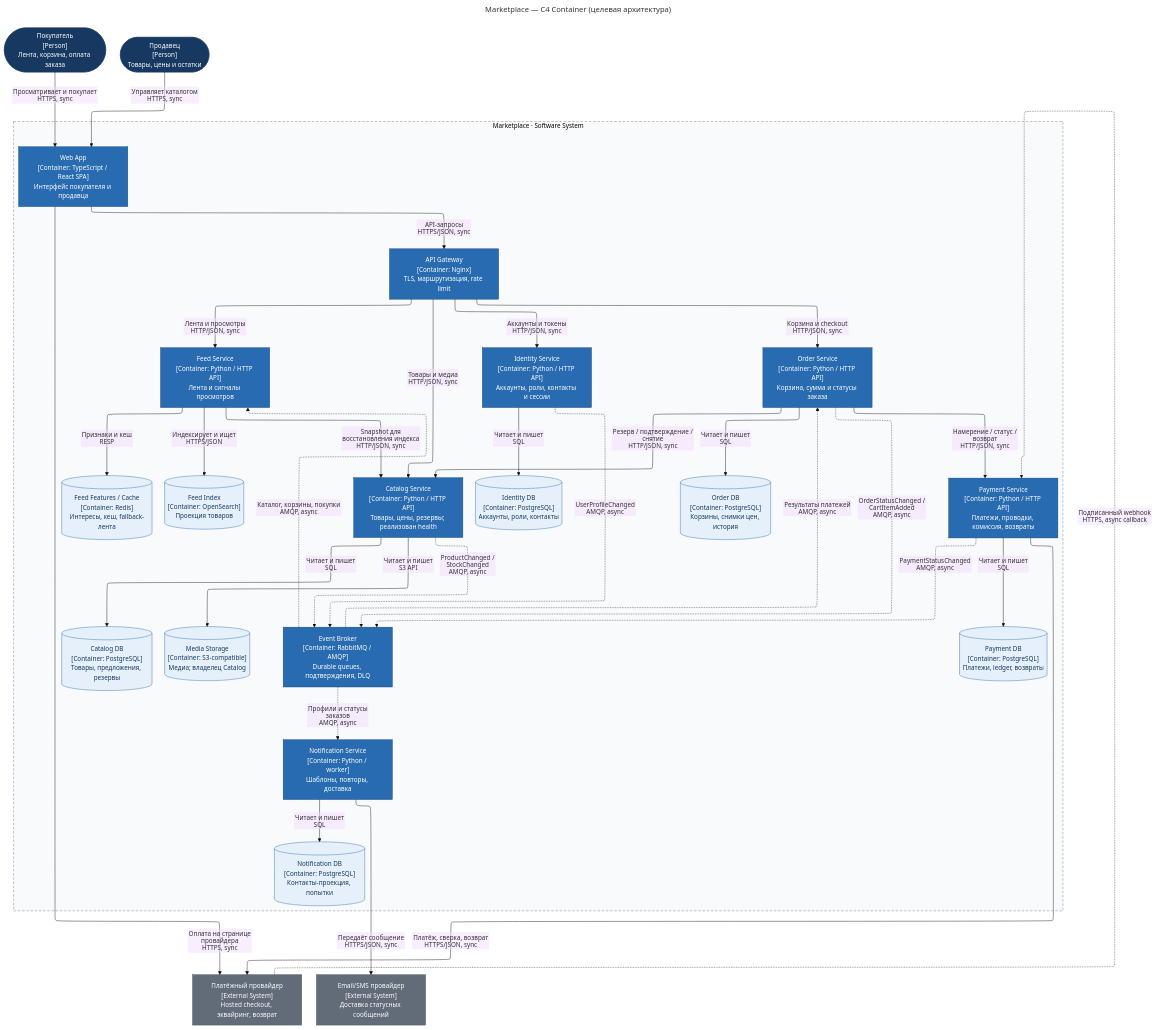
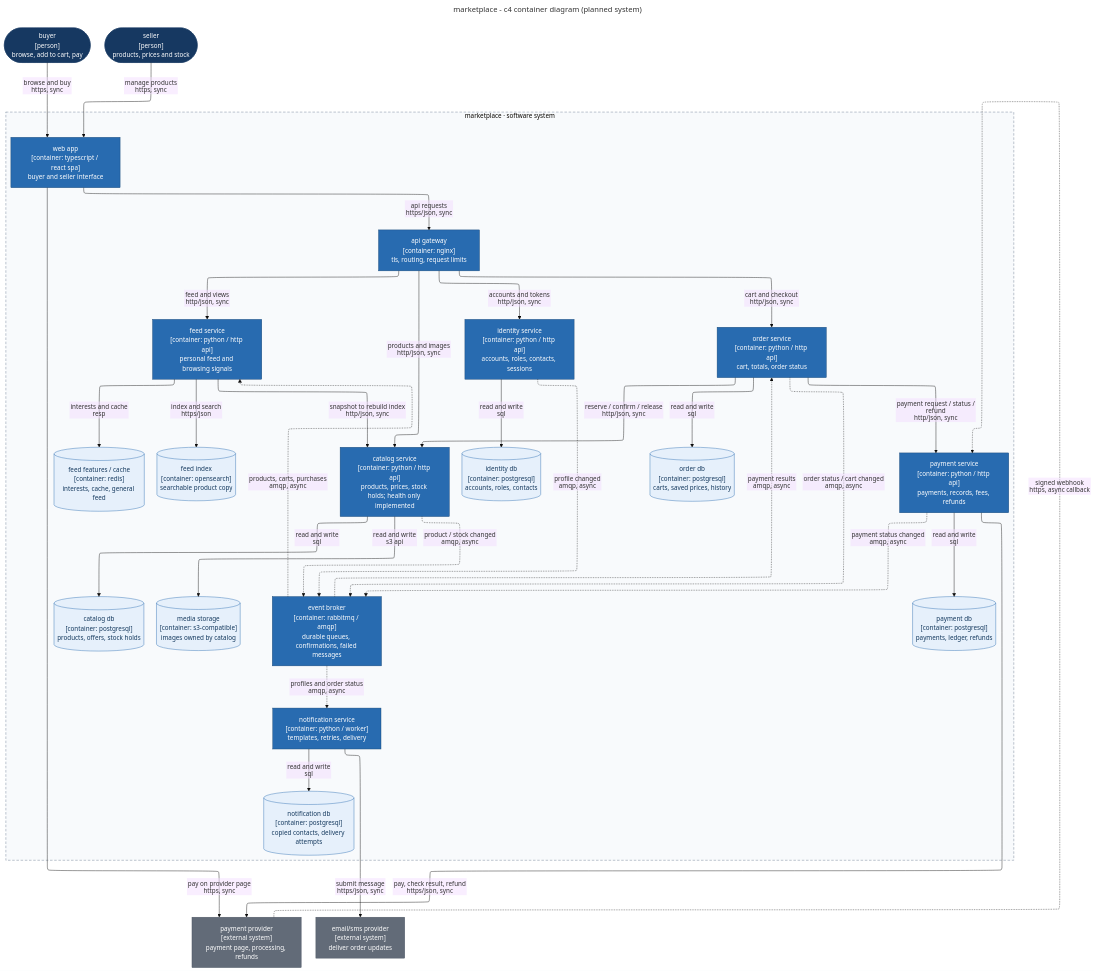
One commit to dvank1mang1/service-oriented_architectures_hw1 changed the diagram in docs/c4-container.mmd. Above: the diagram before and after it, drawn with Mermaid. The commit also changed 2 other files, not shown here.

```diff
--- a/docs/c4-container.mmd
+++ b/docs/c4-container.mmd
@@ -1,71 +1,71 @@
 ---
-title: Marketplace — C4 Container (целевая архитектура)
+title: marketplace - c4 container diagram (planned system)
 config:
   layout: elk
   theme: base
   themeVariables:
     fontFamily: Arial
     fontSize: 15px
   flowchart:
     htmlLabels: false
     nodeSpacing: 45
     rankSpacing: 70
 ---
 flowchart TB
-    customer(["Покупатель<br/>[Person]<br/>Лента, корзина, оплата заказа"]):::person
-    seller(["Продавец<br/>[Person]<br/>Товары, цены и остатки"]):::person
-    psp["Платёжный провайдер<br/>[External System]<br/>Hosted checkout, эквайринг, возврат"]:::external
-    delivery["Email/SMS провайдер<br/>[External System]<br/>Доставка статусных сообщений"]:::external
-    subgraph marketplace["Marketplace · Software System"]
-    web["Web App<br/>[Container: TypeScript / React SPA]<br/>Интерфейс покупателя и продавца"]:::service
-    gateway["API Gateway<br/>[Container: Nginx]<br/>TLS, маршрутизация, rate limit"]:::service
-    identity["Identity Service<br/>[Container: Python / HTTP API]<br/>Аккаунты, роли, контакты и сессии"]:::service
-    catalog["Catalog Service<br/>[Container: Python / HTTP API]<br/>Товары, цены, резервы; реализован health"]:::service
-    feed["Feed Service<br/>[Container: Python / HTTP API]<br/>Лента и сигналы просмотров"]:::service
-    order["Order Service<br/>[Container: Python / HTTP API]<br/>Корзина, сумма и статусы заказа"]:::service
-    payment["Payment Service<br/>[Container: Python / HTTP API]<br/>Платежи, проводки, комиссия, возвраты"]:::service
-    notification["Notification Service<br/>[Container: Python / worker]<br/>Шаблоны, повторы, доставка"]:::service
-    bus["Event Broker<br/>[Container: RabbitMQ / AMQP]<br/>Durable queues, подтверждения, DLQ"]:::service
-    identity_db[("Identity DB<br/>[Container: PostgreSQL]<br/>Аккаунты, роли, контакты")]:::db
-    catalog_db[("Catalog DB<br/>[Container: PostgreSQL]<br/>Товары, предложения, резервы")]:::db
-    media[("Media Storage<br/>[Container: S3-compatible]<br/>Медиа; владелец Catalog")]:::db
-    index[("Feed Index<br/>[Container: OpenSearch]<br/>Проекция товаров")]:::db
-    features[("Feed Features / Cache<br/>[Container: Redis]<br/>Интересы, кеш, fallback-лента")]:::db
-    order_db[("Order DB<br/>[Container: PostgreSQL]<br/>Корзины, снимки цен, история")]:::db
-    payment_db[("Payment DB<br/>[Container: PostgreSQL]<br/>Платежи, ledger, возвраты")]:::db
-    notification_db[("Notification DB<br/>[Container: PostgreSQL]<br/>Контакты-проекция, попытки")]:::db
+    customer(["buyer<br/>[person]<br/>browse, add to cart, pay"]):::person
+    seller(["seller<br/>[person]<br/>products, prices and stock"]):::person
+    psp["payment provider<br/>[external system]<br/>payment page, processing, refunds"]:::external
+    delivery["email/sms provider<br/>[external system]<br/>deliver order updates"]:::external
+    subgraph marketplace["marketplace · software system"]
+    web["web app<br/>[container: typescript / react spa]<br/>buyer and seller interface"]:::service
+    gateway["api gateway<br/>[container: nginx]<br/>tls, routing, request limits"]:::service
+    identity["identity service<br/>[container: python / http api]<br/>accounts, roles, contacts, sessions"]:::service
+    catalog["catalog service<br/>[container: python / http api]<br/>products, prices, stock holds; health only implemented"]:::service
+    feed["feed service<br/>[container: python / http api]<br/>personal feed and browsing signals"]:::service
+    order["order service<br/>[container: python / http api]<br/>cart, totals, order status"]:::service
+    payment["payment service<br/>[container: python / http api]<br/>payments, records, fees, refunds"]:::service
+    notification["notification service<br/>[container: python / worker]<br/>templates, retries, delivery"]:::service
+    bus["event broker<br/>[container: rabbitmq / amqp]<br/>durable queues, confirmations, failed messages"]:::service
+    identity_db[("identity db<br/>[container: postgresql]<br/>accounts, roles, contacts")]:::db
+    catalog_db[("catalog db<br/>[container: postgresql]<br/>products, offers, stock holds")]:::db
+    media[("media storage<br/>[container: s3-compatible]<br/>images owned by catalog")]:::db
+    index[("feed index<br/>[container: opensearch]<br/>searchable product copy")]:::db
+    features[("feed features / cache<br/>[container: redis]<br/>interests, cache, general feed")]:::db
+    order_db[("order db<br/>[container: postgresql]<br/>carts, saved prices, history")]:::db
+    payment_db[("payment db<br/>[container: postgresql]<br/>payments, ledger, refunds")]:::db
+    notification_db[("notification db<br/>[container: postgresql]<br/>copied contacts, delivery attempts")]:::db
     end
-    customer -->|"Просматривает и покупает<br/>HTTPS, sync"| web
-    seller -->|"Управляет каталогом<br/>HTTPS, sync"| web
-    web -->|"API-запросы<br/>HTTPS/JSON, sync"| gateway
-    web -->|"Оплата на странице провайдера<br/>HTTPS, sync"| psp
-    gateway -->|"Аккаунты и токены<br/>HTTP/JSON, sync"| identity
-    gateway -->|"Товары и медиа<br/>HTTP/JSON, sync"| catalog
-    gateway -->|"Лента и просмотры<br/>HTTP/JSON, sync"| feed
-    gateway -->|"Корзина и checkout<br/>HTTP/JSON, sync"| order
-    order -->|"Резерв / подтверждение / снятие<br/>HTTP/JSON, sync"| catalog
-    feed -->|"Snapshot для восстановления индекса<br/>HTTP/JSON, sync"| catalog
-    order -->|"Намерение / статус / возврат<br/>HTTP/JSON, sync"| payment
-    payment -->|"Платёж, сверка, возврат<br/>HTTPS/JSON, sync"| psp
-    psp -.->|"Подписанный webhook<br/>HTTPS, async callback"| payment
-    notification -->|"Передаёт сообщение<br/>HTTPS/JSON, sync"| delivery
-    identity -->|"Читает и пишет<br/>SQL"| identity_db
-    catalog -->|"Читает и пишет<br/>SQL"| catalog_db
-    catalog -->|"Читает и пишет<br/>S3 API"| media
-    feed -->|"Индексирует и ищет<br/>HTTPS/JSON"| index
-    feed -->|"Признаки и кеш<br/>RESP"| features
-    order -->|"Читает и пишет<br/>SQL"| order_db
-    payment -->|"Читает и пишет<br/>SQL"| payment_db
-    notification -->|"Читает и пишет<br/>SQL"| notification_db
-    identity -.->|"UserProfileChanged<br/>AMQP, async"| bus
-    catalog -.->|"ProductChanged / StockChanged<br/>AMQP, async"| bus
-    order -.->|"OrderStatusChanged / CartItemAdded<br/>AMQP, async"| bus
-    payment -.->|"PaymentStatusChanged<br/>AMQP, async"| bus
-    bus -.->|"Каталог, корзины, покупки<br/>AMQP, async"| feed
-    bus -.->|"Результаты платежей<br/>AMQP, async"| order
-    bus -.->|"Профили и статусы заказов<br/>AMQP, async"| notification
+    customer -->|"browse and buy<br/>https, sync"| web
+    seller -->|"manage products<br/>https, sync"| web
+    web -->|"api requests<br/>https/json, sync"| gateway
+    web -->|"pay on provider page<br/>https, sync"| psp
+    gateway -->|"accounts and tokens<br/>http/json, sync"| identity
+    gateway -->|"products and images<br/>http/json, sync"| catalog
+    gateway -->|"feed and views<br/>http/json, sync"| feed
+    gateway -->|"cart and checkout<br/>http/json, sync"| order
+    order -->|"reserve / confirm / release<br/>http/json, sync"| catalog
+    feed -->|"snapshot to rebuild index<br/>http/json, sync"| catalog
+    order -->|"payment request / status / refund<br/>http/json, sync"| payment
+    payment -->|"pay, check result, refund<br/>https/json, sync"| psp
+    psp -.->|"signed webhook<br/>https, async callback"| payment
+    notification -->|"submit message<br/>https/json, sync"| delivery
+    identity -->|"read and write<br/>sql"| identity_db
+    catalog -->|"read and write<br/>sql"| catalog_db
+    catalog -->|"read and write<br/>s3 api"| media
+    feed -->|"index and search<br/>https/json"| index
+    feed -->|"interests and cache<br/>resp"| features
+    order -->|"read and write<br/>sql"| order_db
+    payment -->|"read and write<br/>sql"| payment_db
+    notification -->|"read and write<br/>sql"| notification_db
+    identity -.->|"profile changed<br/>amqp, async"| bus
+    catalog -.->|"product / stock changed<br/>amqp, async"| bus
+    order -.->|"order status / cart changed<br/>amqp, async"| bus
+    payment -.->|"payment status changed<br/>amqp, async"| bus
+    bus -.->|"products, carts, purchases<br/>amqp, async"| feed
+    bus -.->|"payment results<br/>amqp, async"| order
+    bus -.->|"profiles and order status<br/>amqp, async"| notification
     classDef person fill:#163861,color:#fff,stroke:#163861;
     classDef external fill:#626b78,color:#fff,stroke:#48515f;
     classDef service fill:#286bb0,color:#fff,stroke:#174675;
     classDef db fill:#e6f0fb,color:#14395e,stroke:#286bb0;
     style marketplace fill:#f8fafc,stroke:#64748b,stroke-dasharray:6 4;
```
